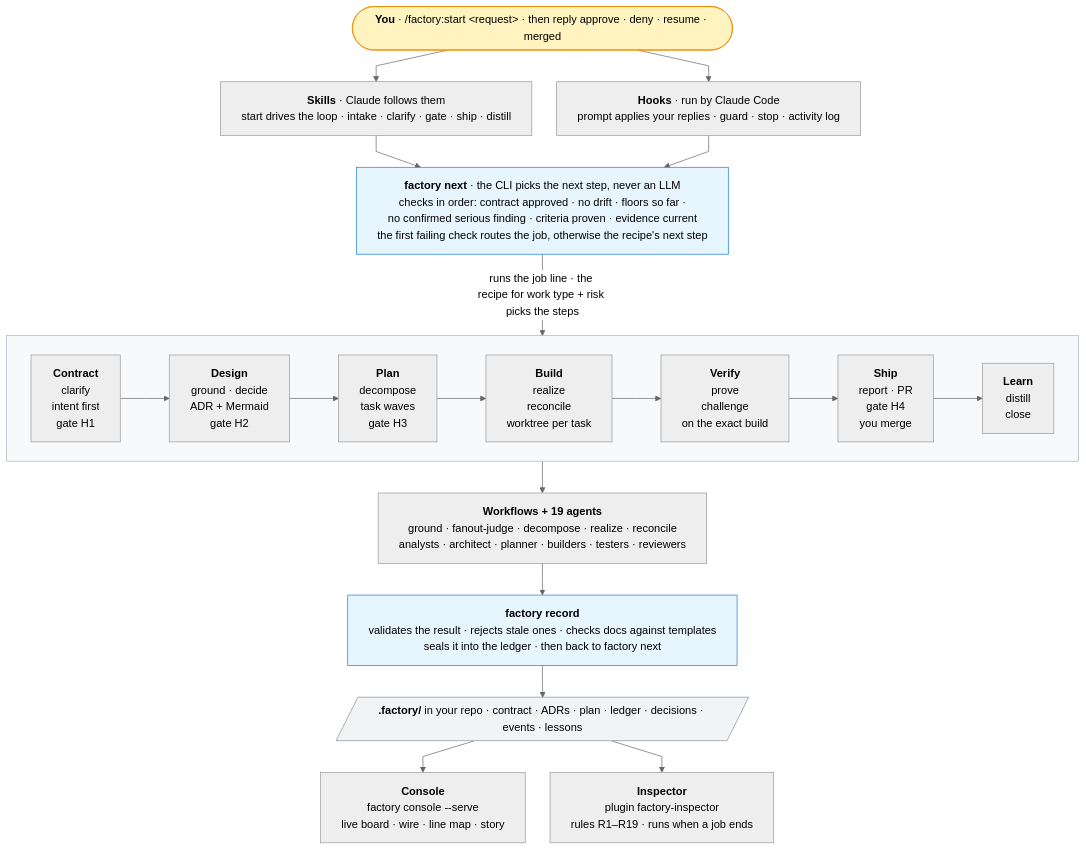
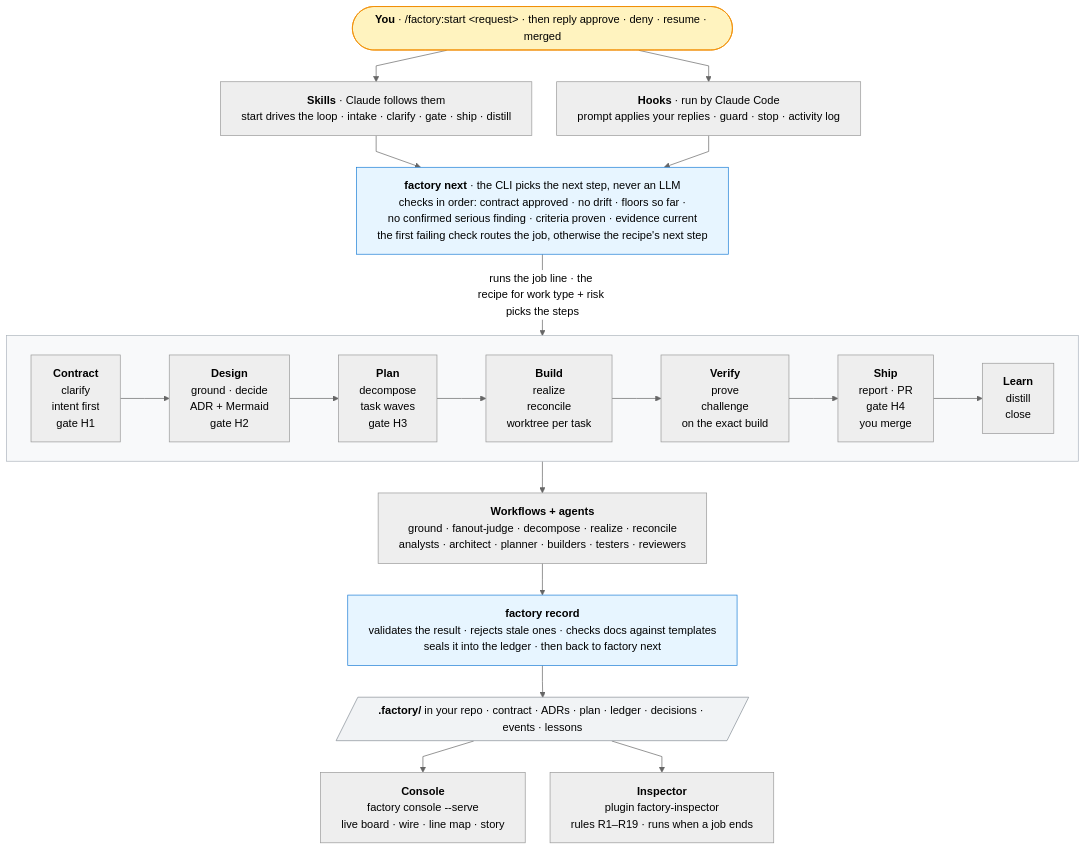
The diagram in README.md (reshif/claude-factory), drawn with Mermaid (neutral theme) before and after one commit. The commit also changed other lines of this file and 17 other files, not shown here.

````diff
--- a/README.md
+++ b/README.md
@@ -12,54 +12,54 @@
 ```mermaid
 ---
 config:
   flowchart:
     curve: linear
     nodeSpacing: 36
     rankSpacing: 46
     wrappingWidth: 520
 ---
 flowchart TB
   you(["<b>You</b> · /factory:start &lt;request&gt; · then reply approve · deny · resume · merged"]):::human
 
   skills["<b>Skills</b> · Claude follows them<br/>start drives the loop · intake · clarify · gate · ship · distill"]
   hooks["<b>Hooks</b> · run by Claude Code<br/>prompt applies your replies · guard · stop · activity log"]
 
   router["<b>factory next</b> · the CLI picks the next step, never an LLM<br/>checks in order: contract approved · no drift · floors so far ·<br/>no confirmed serious finding · criteria proven · evidence current<br/>the first failing check routes the job, otherwise the recipe's next step"]:::cli
 
   subgraph line[" "]
     direction LR
     s1["<b>Contract</b><br/>clarify<br/>intent first<br/>gate H1"]
     s2["<b>Design</b><br/>ground · decide<br/>ADR + Mermaid<br/>gate H2"]
     s3["<b>Plan</b><br/>decompose<br/>task waves<br/>gate H3"]
     s4["<b>Build</b><br/>realize<br/>reconcile<br/>worktree per task"]
     s5["<b>Verify</b><br/>prove<br/>challenge<br/>on the exact build"]
     s6["<b>Ship</b><br/>report · PR<br/>gate H4<br/>you merge"]
     s7["<b>Learn</b><br/>distill<br/>close"]
     s1 --> s2 --> s3 --> s4 --> s5 --> s6 --> s7
   end
 
-  agents["<b>Workflows + 19 agents</b><br/>ground · fanout-judge · decompose · realize · reconcile<br/>analysts · architect · planner · builders · testers · reviewers"]
+  agents["<b>Workflows + agents</b><br/>ground · fanout-judge · decompose · realize · reconcile<br/>analysts · architect · planner · builders · testers · reviewers"]
 
   record["<b>factory record</b><br/>validates the result · rejects stale ones · checks docs against templates<br/>seals it into the ledger · then back to factory next"]:::cli
 
   store[/"<b>.factory/</b> in your repo · contract · ADRs · plan · ledger · decisions · events · lessons"/]:::art
 
   console["<b>Console</b><br/>factory console --serve<br/>live board · wire · line map · story"]
   inspector["<b>Inspector</b><br/>plugin factory-inspector<br/>rules R1–R19 · runs when a job ends"]
 
   you --> skills
   you --> hooks
   skills --> router
   hooks --> router
   router -->|"runs the job line · the recipe for work type + risk picks the steps"| line
   line --> agents
   agents --> record
   record --> store
   store --> console
   store --> inspector
 
   classDef human fill:#fff3bf,stroke:#f08c00,color:#000
   classDef cli fill:#e7f5ff,stroke:#1c7ed6,color:#000
   classDef art fill:#f1f3f5,stroke:#868e96,color:#000
   style line fill:#f8f9fa,stroke:#adb5bd
 ```
````
